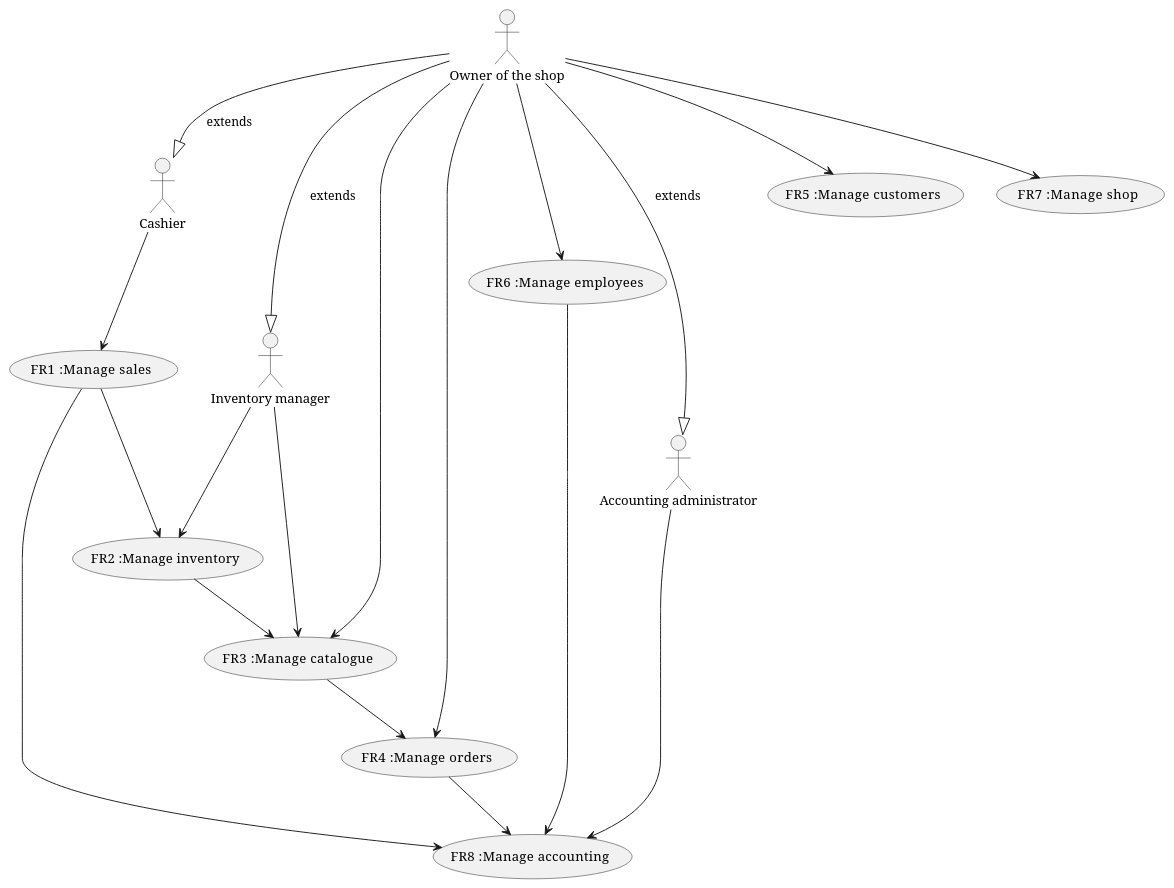
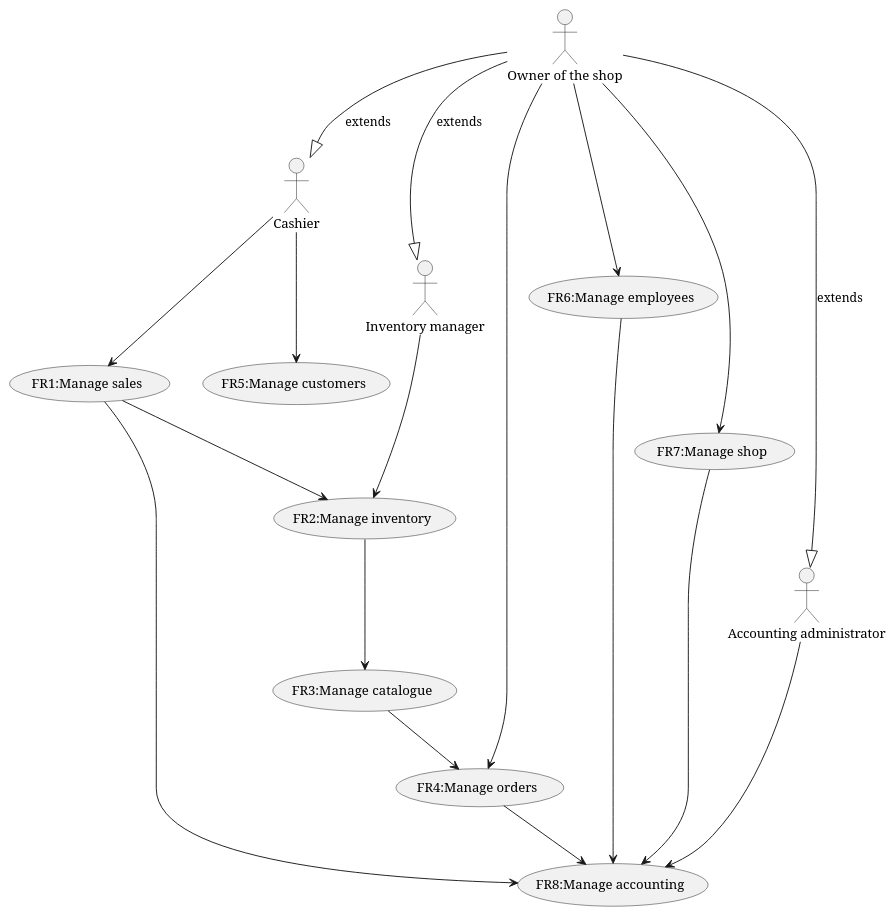
Before and after one commit to b3xul/ezshop: the second of 4 diagrams in Deliverables/RequirementsDocument.md, drawn with PlantUML. The commit also changed other lines of this file and 1 other file, not shown here.

````diff
--- a/Deliverables/RequirementsDocument.md
+++ b/Deliverables/RequirementsDocument.md
@@ -177,32 +178,31 @@
 ```plantuml
 @startuml
-(FR1   :Manage sales)
-(FR2   :Manage inventory)
-(FR3   :Manage catalogue)
-(FR4   :Manage orders)
-(FR5   :Manage customers)
-(FR6   :Manage employees)
-(FR7   :Manage shop)
-(FR8   :Manage accounting)
+(FR1:Manage sales)
+(FR2:Manage inventory)
+(FR3:Manage catalogue)
+(FR4:Manage orders)
+(FR5:Manage customers)
+(FR6:Manage employees)
+(FR7:Manage shop)
+(FR8:Manage accounting)
 
 :Owner of the shop: --|> :Cashier: : extends
 :Owner of the shop: --|> :Inventory manager: : extends
-:Owner of the shop: --> (FR3   :Manage catalogue)
-:Owner of the shop: --> (FR4   :Manage orders)
-:Owner of the shop: --> (FR5   :Manage customers)
-:Owner of the shop: --> (FR6   :Manage employees)
+:Owner of the shop: --> (FR4:Manage orders)
+:Cashier: --> (FR5:Manage customers)
+:Owner of the shop: --> (FR6:Manage employees)
 :Owner of the shop: --|> :Accounting administrator: : extends
-:Owner of the shop: --> (FR7   :Manage shop)
-:Inventory manager: --> (FR2   :Manage inventory)
-:Inventory manager: --> (FR3   :Manage catalogue)
-:Cashier: --> (FR1   :Manage sales)
-:Accounting administrator: --> (FR8   :Manage accounting)
+:Owner of the shop: --> (FR7:Manage shop)
+(FR7:Manage shop) --> (FR8:Manage accounting)
+:Inventory manager: --> (FR2:Manage inventory)
+:Cashier: --> (FR1:Manage sales)
+:Accounting administrator: --> (FR8:Manage accounting)
 
-(FR1   :Manage sales) --> (FR2   :Manage inventory)
-(FR1   :Manage sales) --> (FR8   :Manage accounting)
-(FR4   :Manage orders) --> (FR8   :Manage accounting)
-(FR6   :Manage employees) --> (FR8   :Manage accounting)
-(FR2   :Manage inventory) --> (FR3   :Manage catalogue)
-(FR3   :Manage catalogue) --> (FR4   :Manage orders)
+(FR1:Manage sales) --> (FR2:Manage inventory)
+(FR1:Manage sales) --> (FR8:Manage accounting)
+(FR4:Manage orders) --> (FR8:Manage accounting)
+(FR6:Manage employees) --> (FR8:Manage accounting)
+(FR2:Manage inventory) --> (FR3:Manage catalogue)
+(FR3:Manage catalogue) --> (FR4:Manage orders)
 @enduml
 ```
````
